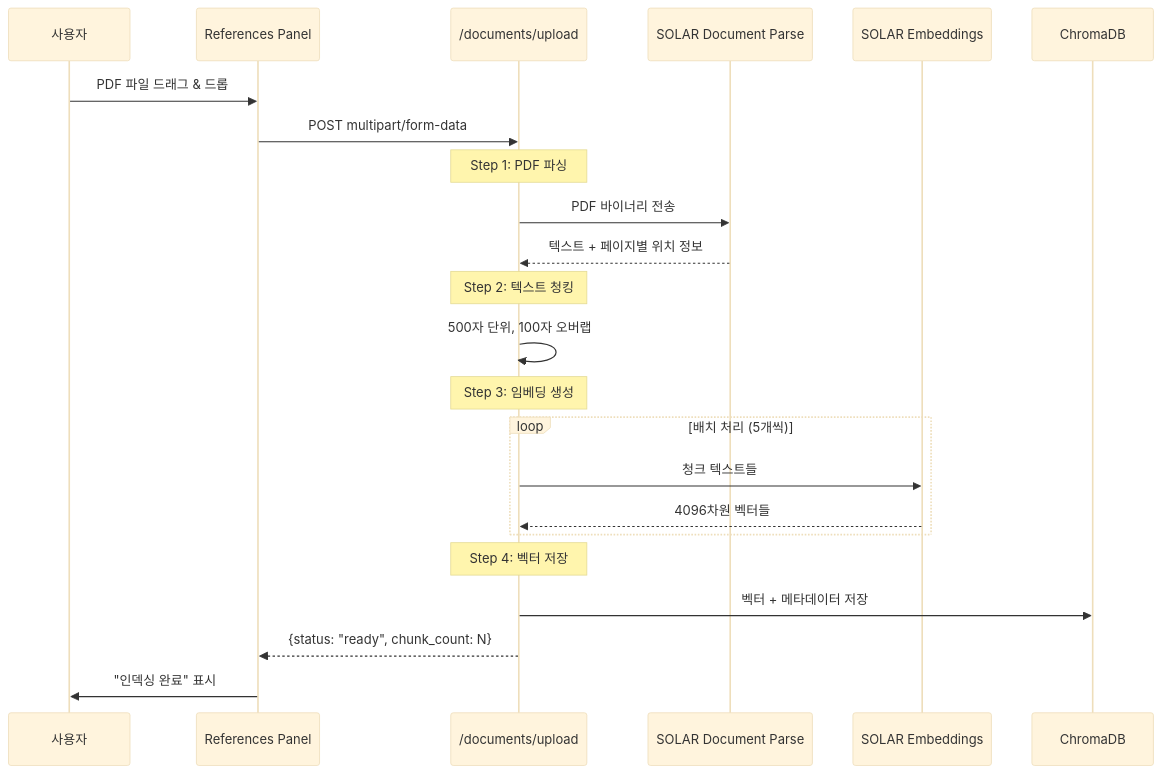
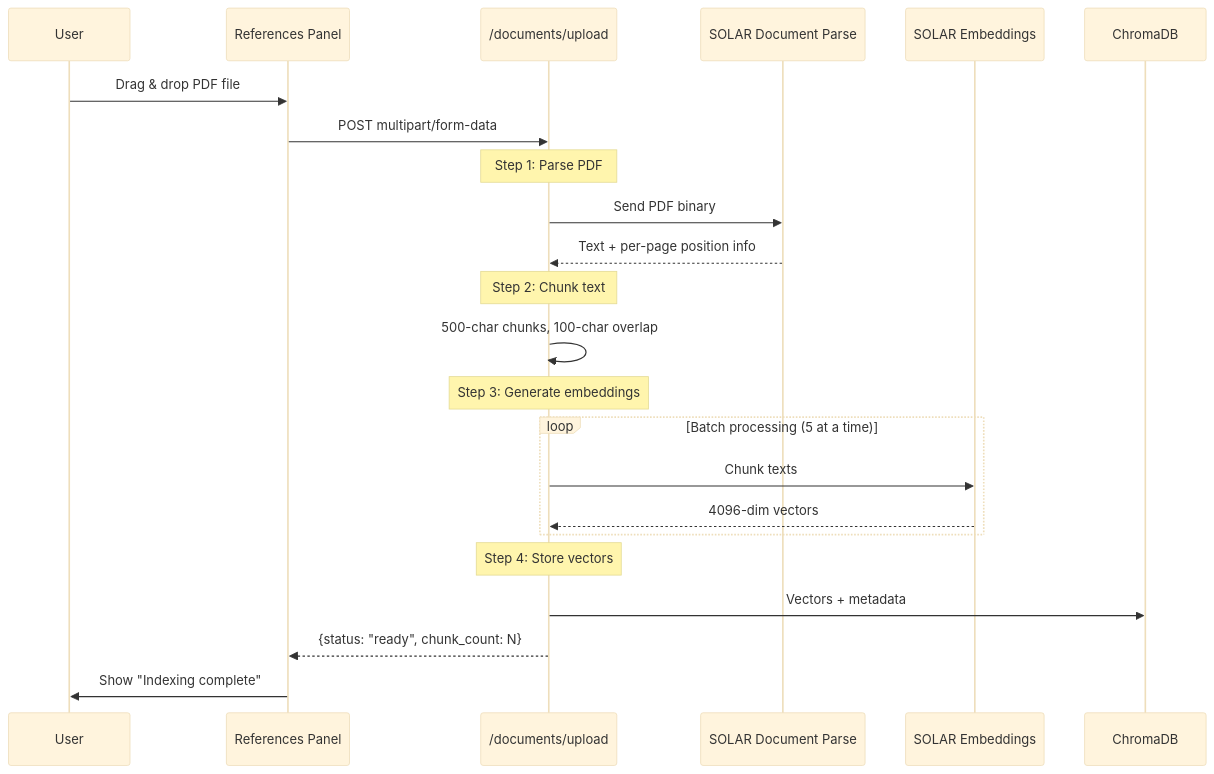
The fourth of 4 diagrams in README.md (GoBeromsu/My-Awesome-RA), drawn with Mermaid (base theme) before and after one commit. The commit also changed other lines of this file, not shown here.

````diff
--- a/README.md
+++ b/README.md
@@ -167,31 +166,31 @@
 ```mermaid
 sequenceDiagram
-    participant 사용자
+    participant User
     participant UI as References Panel
     participant API as /documents/upload
     participant Parse as SOLAR Document Parse
     participant Embed as SOLAR Embeddings
     participant DB as ChromaDB
 
-    사용자->>UI: PDF 파일 드래그 & 드롭
+    User->>UI: Drag & drop PDF file
     UI->>API: POST multipart/form-data
 
-    Note over API: Step 1: PDF 파싱
-    API->>Parse: PDF 바이너리 전송
-    Parse-->>API: 텍스트 + 페이지별 위치 정보
+    Note over API: Step 1: Parse PDF
+    API->>Parse: Send PDF binary
+    Parse-->>API: Text + per-page position info
 
-    Note over API: Step 2: 텍스트 청킹
-    API->>API: 500자 단위, 100자 오버랩
+    Note over API: Step 2: Chunk text
+    API->>API: 500-char chunks, 100-char overlap
 
-    Note over API: Step 3: 임베딩 생성
-    loop 배치 처리 (5개씩)
-        API->>Embed: 청크 텍스트들
-        Embed-->>API: 4096차원 벡터들
+    Note over API: Step 3: Generate embeddings
+    loop Batch processing (5 at a time)
+        API->>Embed: Chunk texts
+        Embed-->>API: 4096-dim vectors
     end
 
-    Note over API: Step 4: 벡터 저장
-    API->>DB: 벡터 + 메타데이터 저장
+    Note over API: Step 4: Store vectors
+    API->>DB: Vectors + metadata
 
     API-->>UI: {status: "ready", chunk_count: N}
-    UI->>사용자: "인덱싱 완료" 표시
+    UI->>User: Show "Indexing complete"
 ```
````
